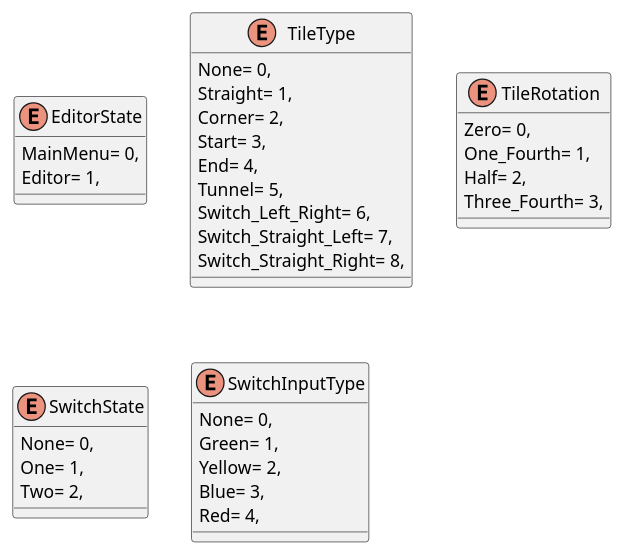
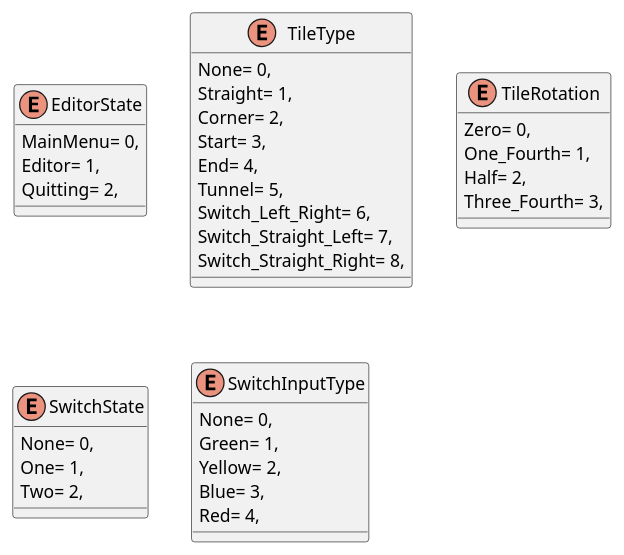
The diagram in UML/Loco_Loco_Editor/Assets/01_Scripts/Enums.puml (Zaephus/Prod_Tools), drawn with PlantUML before and after one commit. The commit also changed 26 other files, not shown here.

Commit message:
Generate UML (Generate UML)

```diff
--- a/UML/Loco_Loco_Editor/Assets/01_Scripts/Enums.puml
+++ b/UML/Loco_Loco_Editor/Assets/01_Scripts/Enums.puml
@@ -1,35 +1,36 @@
 @startuml
 enum EditorState {
     MainMenu= 0,
     Editor= 1,
+    Quitting= 2,
 }
 enum TileType {
     None= 0,
     Straight= 1,
     Corner= 2,
     Start= 3,
     End= 4,
     Tunnel= 5,
     Switch_Left_Right= 6,
     Switch_Straight_Left= 7,
     Switch_Straight_Right= 8,
 }
 enum TileRotation {
     Zero= 0,
     One_Fourth= 1,
     Half= 2,
     Three_Fourth= 3,
 }
 enum SwitchState {
     None= 0,
     One= 1,
     Two= 2,
 }
 enum SwitchInputType {
     None= 0,
     Green= 1,
     Yellow= 2,
     Blue= 3,
     Red= 4,
 }
 @enduml
```
